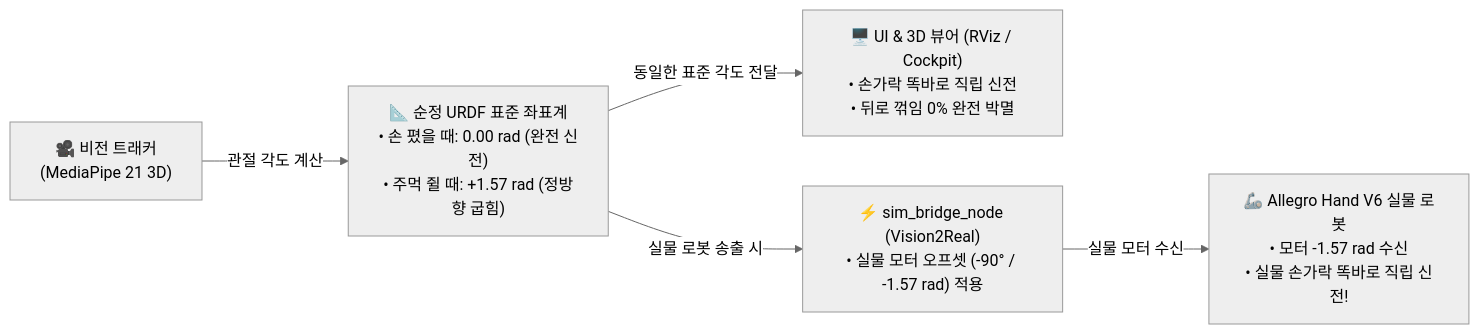
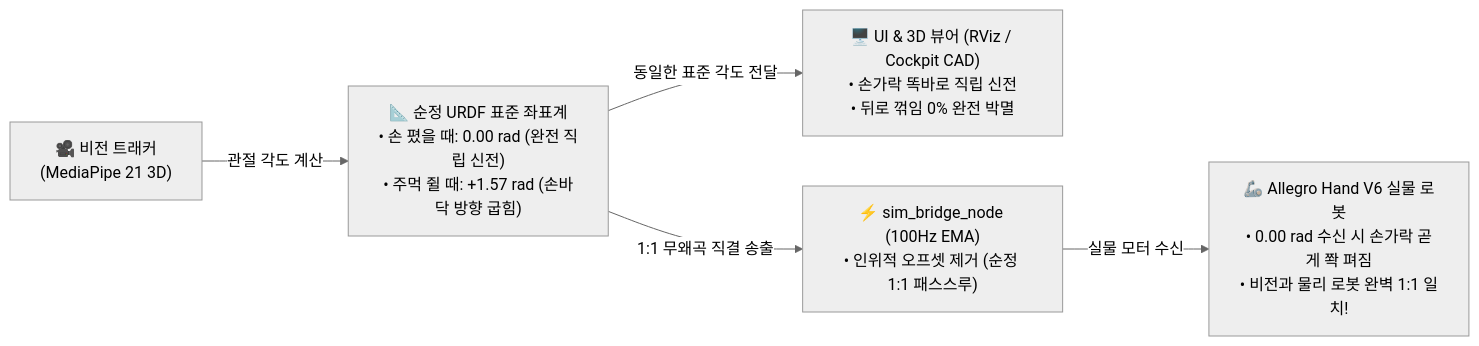
Before and after one commit to jacoblee1214/allegro_vision_teleop: the second of 3 diagrams in README.md, drawn with Mermaid (neutral theme). The commit also changed other lines of this file and 4 other files, not shown here.

First line of the commit message:
feat(cockpit): upgrade single-window 3D visualizer to RViz-grade CAD STL meshes and restore 1:1 Vision2Real kinematic alignment

````diff
--- a/README.md
+++ b/README.md
@@ -85,7 +86,7 @@
 ```mermaid
 flowchart LR
-    A["🎥 비전 트래커<br/>(MediaPipe 21 3D)"] -->|관절 각도 계산| B["📐 순정 URDF 표준 좌표계<br/>• 손 폈을 때: 0.00 rad (완전 신전)<br/>• 주먹 쥘 때: +1.57 rad (정방향 굽힘)"]
-    B -->|동일한 표준 각도 전달| C["🖥️ UI & 3D 뷰어 (RViz / Cockpit)<br/>• 손가락 똑바로 직립 신전<br/>• 뒤로 꺾임 0% 완전 박멸"]
-    B -->|실물 로봇 송출 시| D["⚡ sim_bridge_node (Vision2Real)<br/>• 실물 모터 오프셋 (-90° / -1.57 rad) 적용"]
-    D -->|실물 모터 수신| E["🦾 Allegro Hand V6 실물 로봇<br/>• 모터 -1.57 rad 수신<br/>• 실물 손가락 똑바로 직립 신전!"]
+    A["🎥 비전 트래커<br/>(MediaPipe 21 3D)"] -->|관절 각도 계산| B["📐 순정 URDF 표준 좌표계<br/>• 손 폈을 때: 0.00 rad (완전 직립 신전)<br/>• 주먹 쥘 때: +1.57 rad (손바닥 방향 굽힘)"]
+    B -->|동일한 표준 각도 전달| C["🖥️ UI & 3D 뷰어 (RViz / Cockpit CAD)<br/>• 손가락 똑바로 직립 신전<br/>• 뒤로 꺾임 0% 완전 박멸"]
+    B -->|1:1 무왜곡 직결 송출| D["⚡ sim_bridge_node (100Hz EMA)<br/>• 인위적 오프셋 제거 (순정 1:1 패스스루)"]
+    D -->|실물 모터 수신| E["🦾 Allegro Hand V6 실물 로봇<br/>• 0.00 rad 수신 시 손가락 곧게 쫙 펴짐<br/>• 비전과 물리 로봇 완벽 1:1 일치!"]
 ```
````
